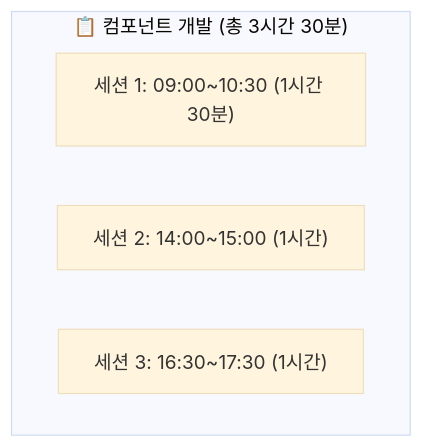
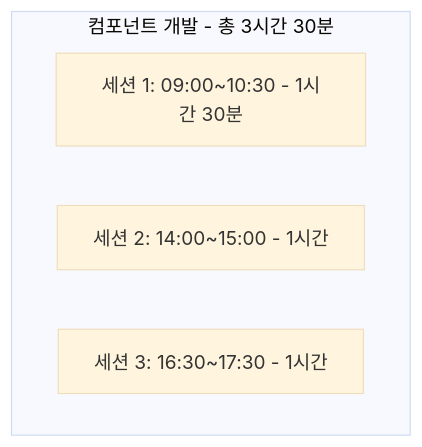
Before and after one commit to serbi2012/time-manager: the second of 2 diagrams in src/docs/getting-started.md, drawn with Mermaid (base theme). The commit also changed other lines of this file and 8 other files, not shown here.

````diff
--- a/src/docs/getting-started.md
+++ b/src/docs/getting-started.md
@@ -130,8 +140,8 @@
 ```mermaid
 flowchart TB
-    subgraph 작업["📋 컴포넌트 개발 (총 3시간 30분)"]
-        S1["세션 1: 09:00~10:30 (1시간 30분)"]
-        S2["세션 2: 14:00~15:00 (1시간)"]
-        S3["세션 3: 16:30~17:30 (1시간)"]
+    subgraph work["컴포넌트 개발 - 총 3시간 30분"]
+        S1["세션 1: 09:00~10:30 - 1시간 30분"]
+        S2["세션 2: 14:00~15:00 - 1시간"]
+        S3["세션 3: 16:30~17:30 - 1시간"]
     end
 ```
````
